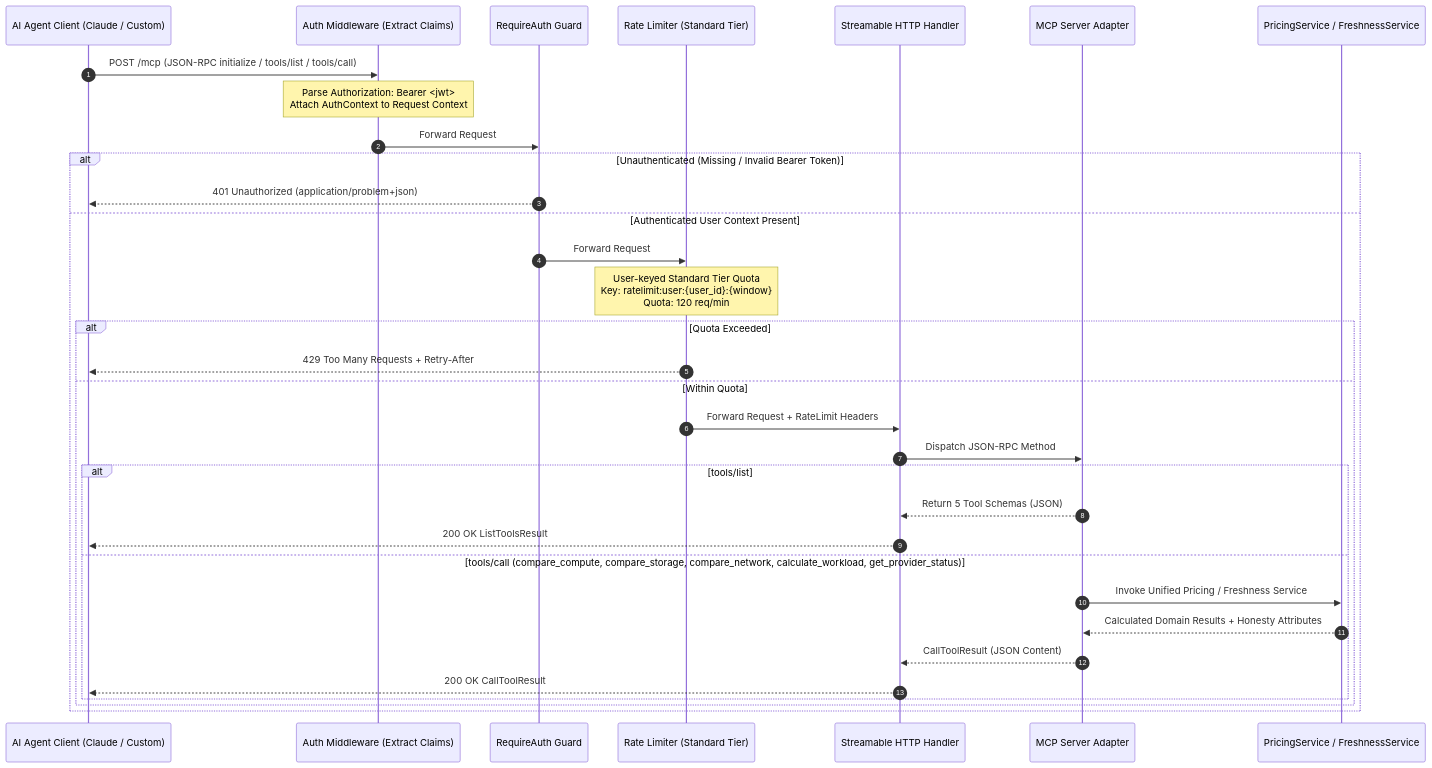
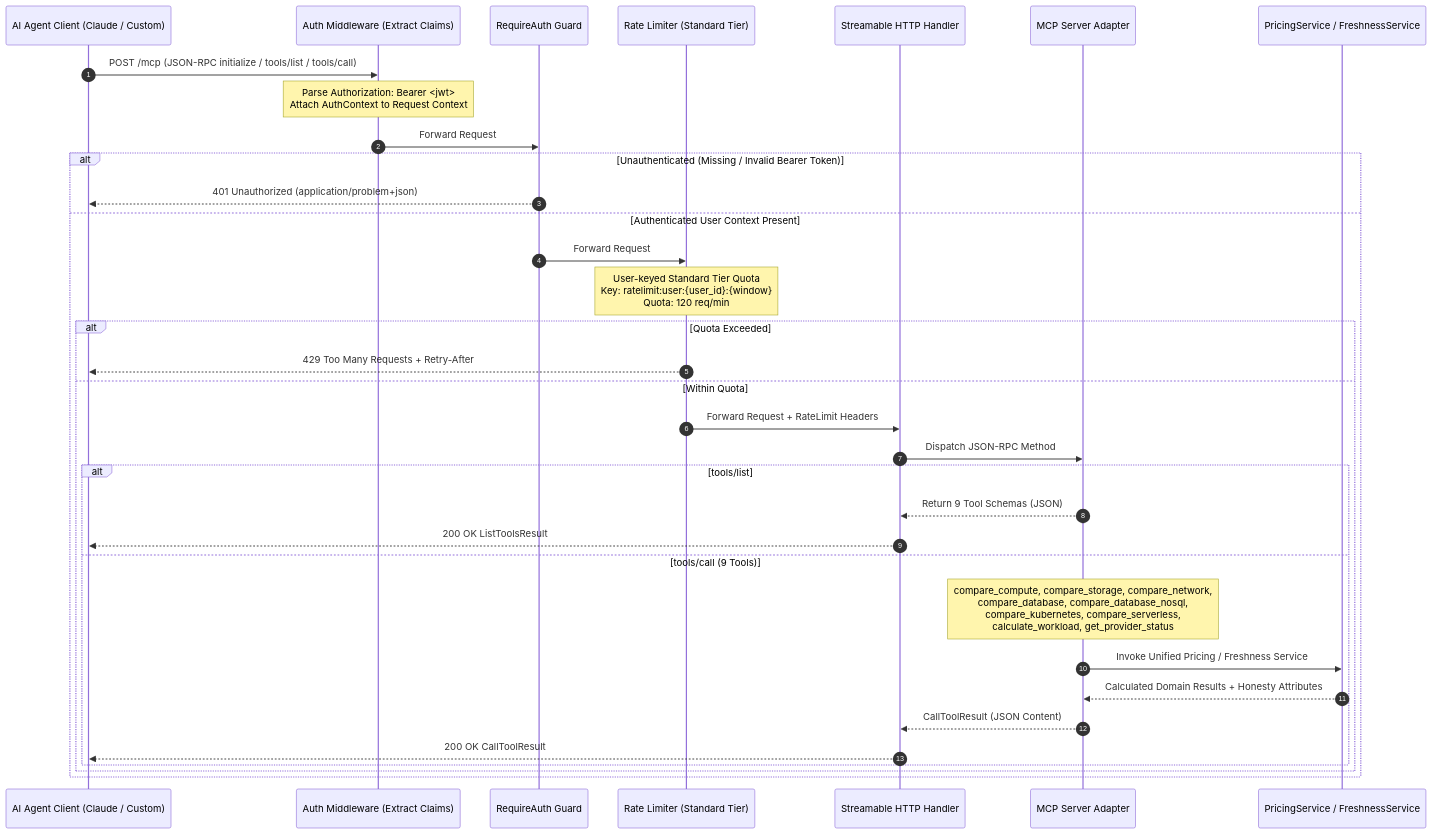
One commit to thatengineerguy21/cloudvitta changed the fourth of 4 diagrams in docs/diagrams/04-calculator-request-lifecycle.md. Above: the diagram before and after it, drawn with Mermaid. The commit also changed other lines of this file and 11 other files, not shown here.

First line of the commit message:
docs(adr): document stage 3 architecture decisions, contract parity, and exit gate

````diff
--- a/docs/diagrams/04-calculator-request-lifecycle.md
+++ b/docs/diagrams/04-calculator-request-lifecycle.md
@@ -172,39 +197,40 @@
 ```mermaid
 sequenceDiagram
     autonumber
     participant Agent as AI Agent Client (Claude / Custom)
     participant AuthMW as Auth Middleware (Extract Claims)
     participant Guard as RequireAuth Guard
     participant RateLimit as Rate Limiter (Standard Tier)
     participant MCPHandler as Streamable HTTP Handler
     participant MCPServer as MCP Server Adapter
     participant Svc as PricingService / FreshnessService
 
     Agent->>AuthMW: POST /mcp (JSON-RPC initialize / tools/list / tools/call)
     Note over AuthMW: Parse Authorization: Bearer <jwt><br/>Attach AuthContext to Request Context
     
     AuthMW->>Guard: Forward Request
     alt Unauthenticated (Missing / Invalid Bearer Token)
         Guard-->>Agent: 401 Unauthorized (application/problem+json)
     else Authenticated User Context Present
         Guard->>RateLimit: Forward Request
         Note over RateLimit: User-keyed Standard Tier Quota<br/>Key: ratelimit:user:{user_id}:{window}<br/>Quota: 120 req/min
         
         alt Quota Exceeded
             RateLimit-->>Agent: 429 Too Many Requests + Retry-After
         else Within Quota
             RateLimit->>MCPHandler: Forward Request + RateLimit Headers
             MCPHandler->>MCPServer: Dispatch JSON-RPC Method
             
             alt tools/list
-                MCPServer-->>MCPHandler: Return 5 Tool Schemas (JSON)
+                MCPServer-->>MCPHandler: Return 9 Tool Schemas (JSON)
                 MCPHandler-->>Agent: 200 OK ListToolsResult
-            else tools/call (compare_compute, compare_storage, compare_network, calculate_workload, get_provider_status)
+            else tools/call (9 Tools)
+                Note over MCPServer: compare_compute, compare_storage, compare_network,<br/>compare_database, compare_database_nosql,<br/>compare_kubernetes, compare_serverless,<br/>calculate_workload, get_provider_status
                 MCPServer->>Svc: Invoke Unified Pricing / Freshness Service
                 Svc-->>MCPServer: Calculated Domain Results + Honesty Attributes
                 MCPServer-->>MCPHandler: CallToolResult (JSON Content)
                 MCPHandler-->>Agent: 200 OK CallToolResult
             end
         end
     end
 ```
````
